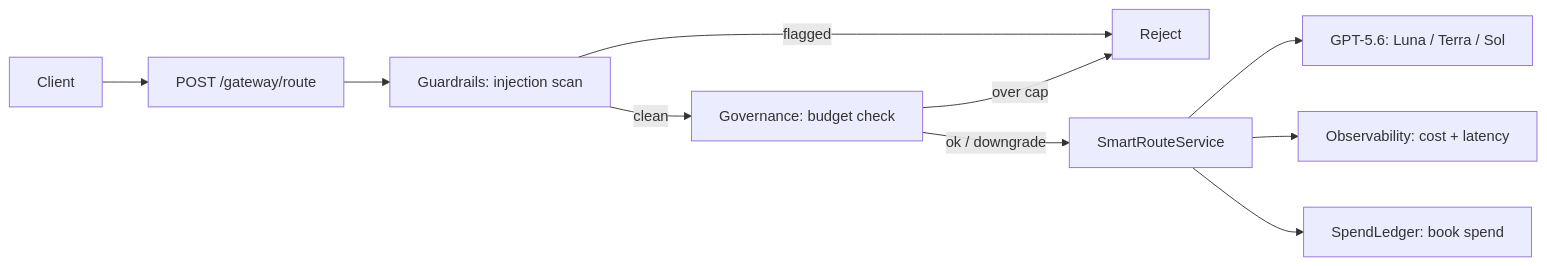
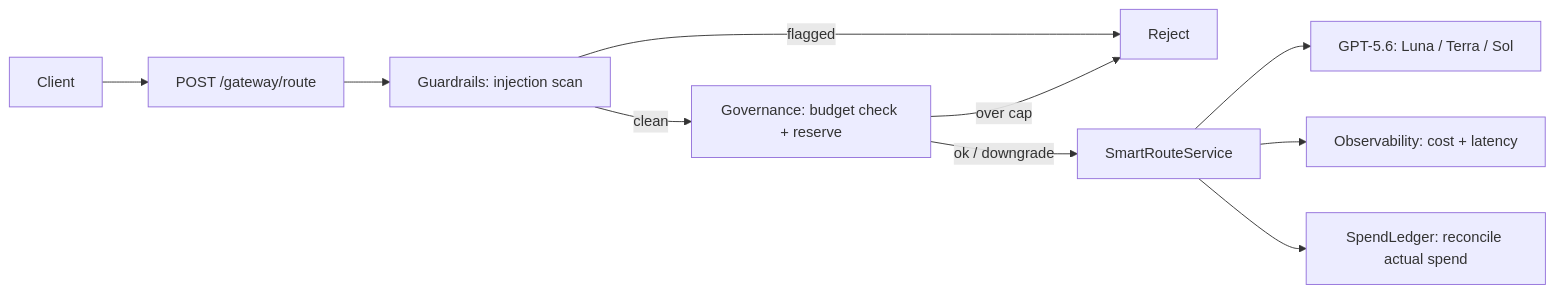
The diagram in README.md (vamsiduppala/smartroute), drawn with Mermaid before and after one commit. The commit also changed other lines of this file and 8 other files, not shown here.

````diff
--- a/README.md
+++ b/README.md
@@ -37,12 +56,12 @@
 ```mermaid
 flowchart LR
     C[Client] --> G["POST /gateway/route"]
     G --> GR[Guardrails: injection scan]
     GR -->|flagged| X[Reject]
-    GR -->|clean| BG[Governance: budget check]
+    GR -->|clean| BG[Governance: budget check + reserve]
     BG -->|over cap| X
     BG -->|ok / downgrade| R[SmartRouteService]
     R --> Tiers["GPT-5.6: Luna / Terra / Sol"]
     R --> OB[Observability: cost + latency]
-    R --> LG[SpendLedger: book spend]
+    R --> LG[SpendLedger: reconcile actual spend]
 ```
````
